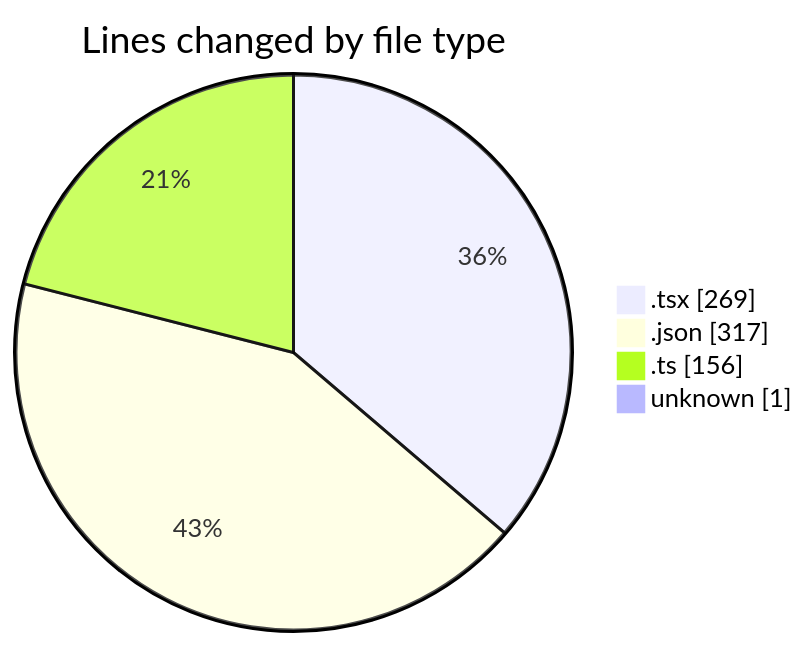
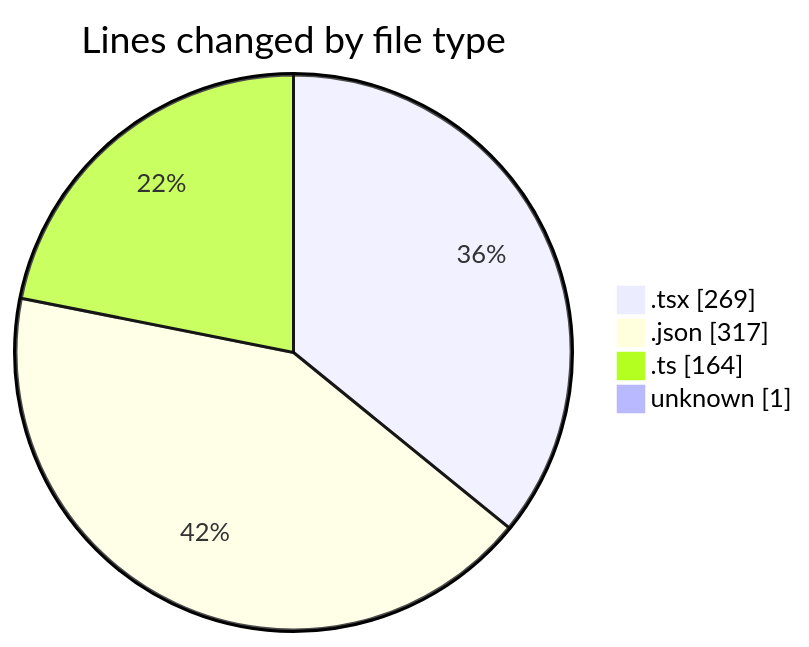
One commit to Elitesun/code-tracking changed the first of 2 diagrams in 2025-04-08/sungpt/README.md. Above: the diagram before and after it, drawn with Mermaid. The commit also changed other lines of this file and 1 other file, not shown here.

````diff
--- a/2025-04-08/sungpt/README.md
+++ b/2025-04-08/sungpt/README.md
@@ -28,8 +28,8 @@
 ```mermaid
 pie showData
 title Lines changed by file type
 ".tsx" : 269
 ".json" : 317
-".ts" : 156
+".ts" : 164
 "unknown" : 1
 ```
````
